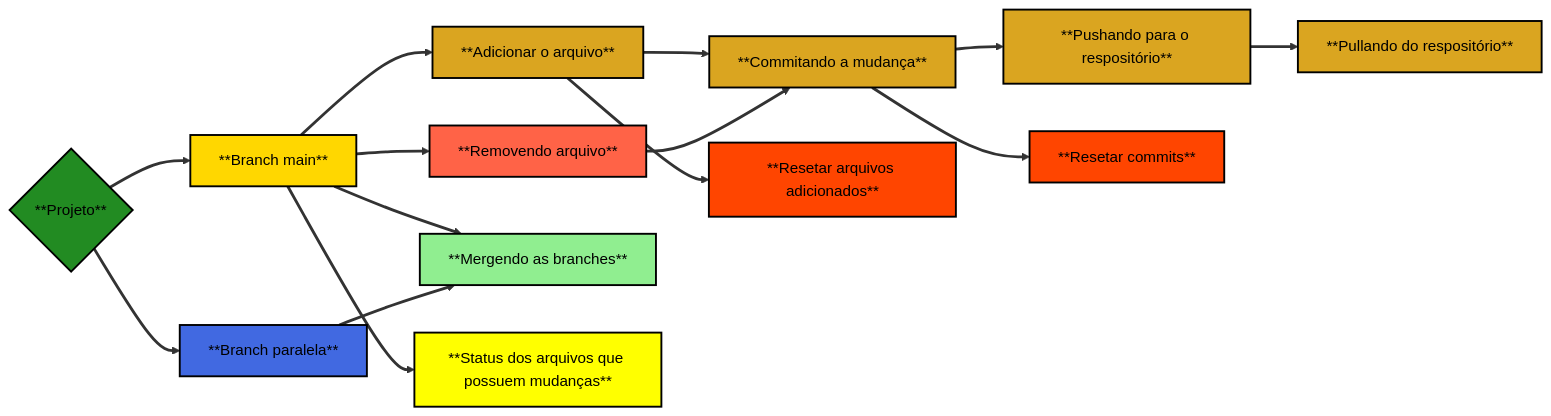
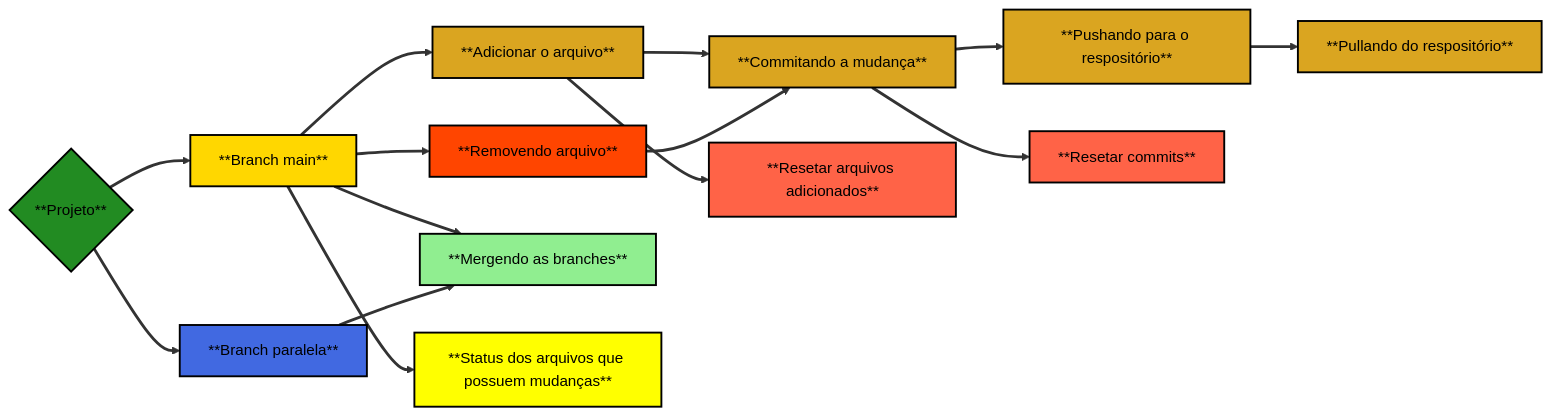
The diagram in README.md (Edbbioeco/conectar_github_rstudio), drawn with Mermaid before and after one commit.

````diff
--- a/README.md
+++ b/README.md
@@ -29,29 +29,29 @@
 ``` mermaid
 flowchart LR
   A{**Projeto**} --> B[**Branch main**] 
   A --> C[**Branch paralela**]
   B --> D[**Adicionar o arquivo**]
   D --> E[**Commitando a mudança**]
   E --> F[**Pushando para o respositório**]
   F --> G[**Pullando do respositório**]
   H[**Removendo arquivo**] --> E
   D --> I[**Resetar arquivos adicionados**]
   E --> J[**Resetar commits**]
   B --> H
   B --> K[**Mergendo as branches**]
   C --> K[**Mergendo as branches**]
   B --> L[**Status dos arquivos que possuem mudanças**]
   style A fill:forestgreen, color:black, stroke:black, stroke-width:2px
   style B fill:gold, color:black, stroke:black, stroke-width:2px
   style C fill:royalblue, color:black, stroke:black, stroke-width:2px
   style D fill:goldenrod, color:black, stroke:black, stroke-width:2px
   style E fill:goldenrod, color:black, stroke:black, stroke-width:2px
   style F fill:goldenrod, color:black, stroke:black, stroke-width:2px
   style G fill:goldenrod, color:black, stroke:black, stroke-width:2px
-  style H fill:tomato, color:black, stroke:black, stroke-width:2px
-  style I fill:orangered, color:black, stroke:black, stroke-width:2px
-  style J fill:orangered, color:black, stroke:black, stroke-width:2px
+  style H fill:orangered, color:black, stroke:black, stroke-width:2px
+  style I fill:tomato, color:black, stroke:black, stroke-width:2px
+  style J fill:tomato, color:black, stroke:black, stroke-width:2px
   style K fill:lightgreen, color:black, stroke:black, stroke-width:2px
   style L fill:yellow, color:black, stroke:black, stroke-width:2px
   linkStyle default stroke-width:3px
 ```
````
